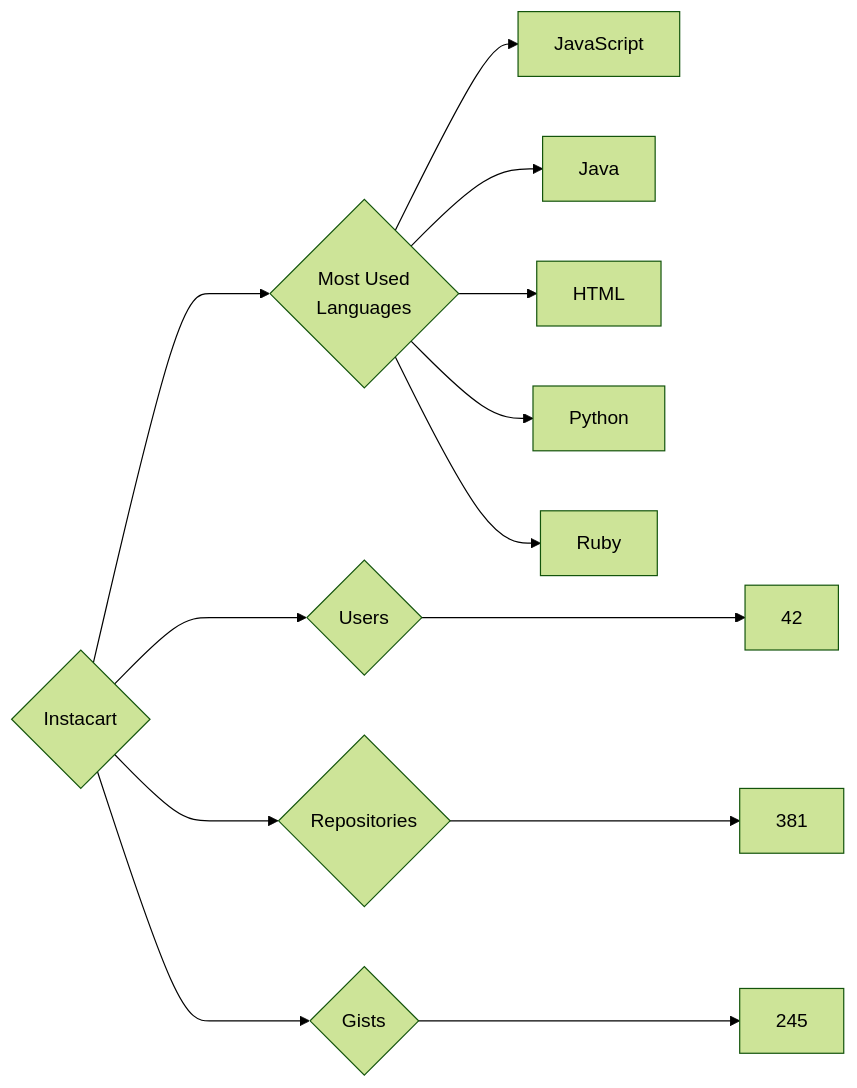
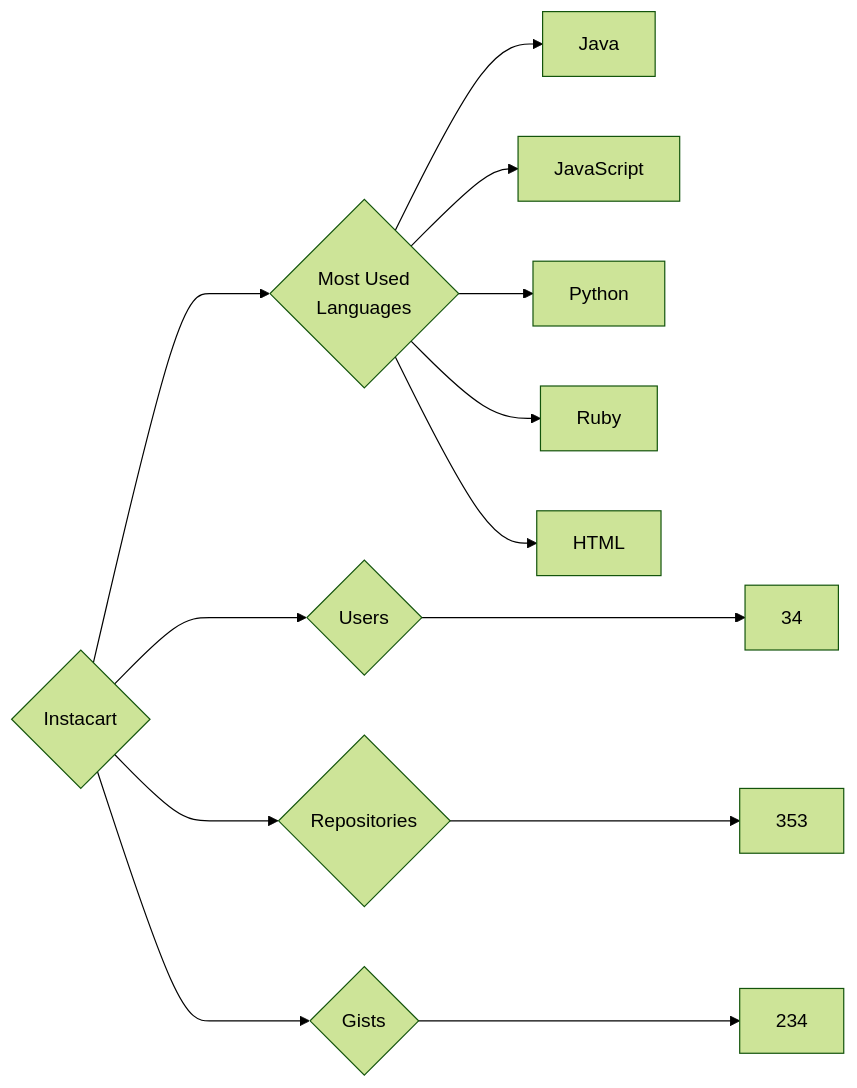
The diagram in targets/Instacart/README.md (trickest/insiders), drawn with Mermaid (forest theme) before and after one commit. The commit also changed 1084 other files, not shown here.

````diff
--- a/targets/Instacart/README.md
+++ b/targets/Instacart/README.md
@@ -3,13 +3,13 @@
 ```mermaid
 graph LR
 COMPANY_NAME{Instacart}
-COMPANY_NAME ---> U{Users} ---> UN[42]
-COMPANY_NAME ---> R{Repositories} ---> RN[381]
-COMPANY_NAME ---> G{Gists} ---> GN[245]
+COMPANY_NAME ---> U{Users} ---> UN[34]
+COMPANY_NAME ---> R{Repositories} ---> RN[353]
+COMPANY_NAME ---> G{Gists} ---> GN[234]
 COMPANY_NAME ---> ML{Most Used<br>Languages}
+ML --> Java[Java]
 ML --> JavaScript[JavaScript]
-ML --> Java[Java]
-ML --> HTML[HTML]
 ML --> Python[Python]
 ML --> Ruby[Ruby]
+ML --> HTML[HTML]
 ```
````
